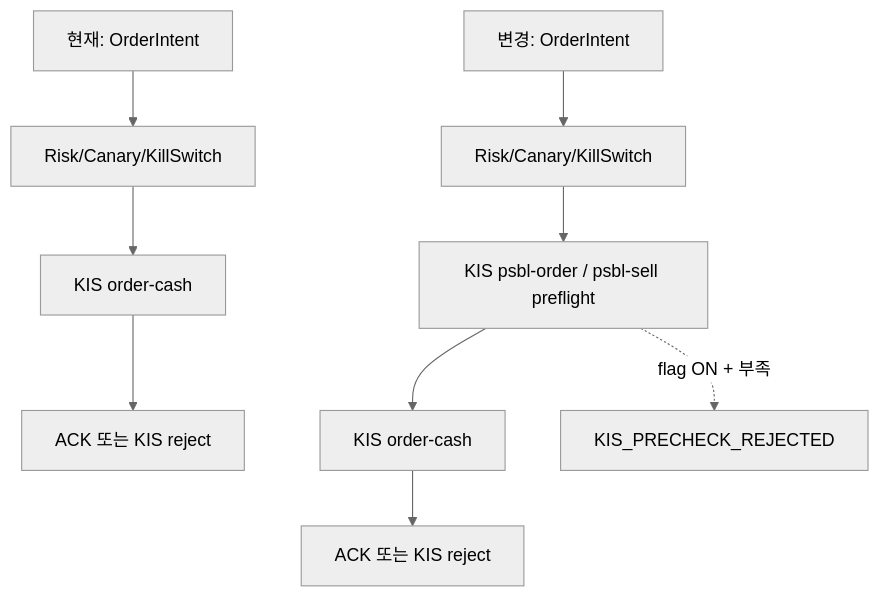
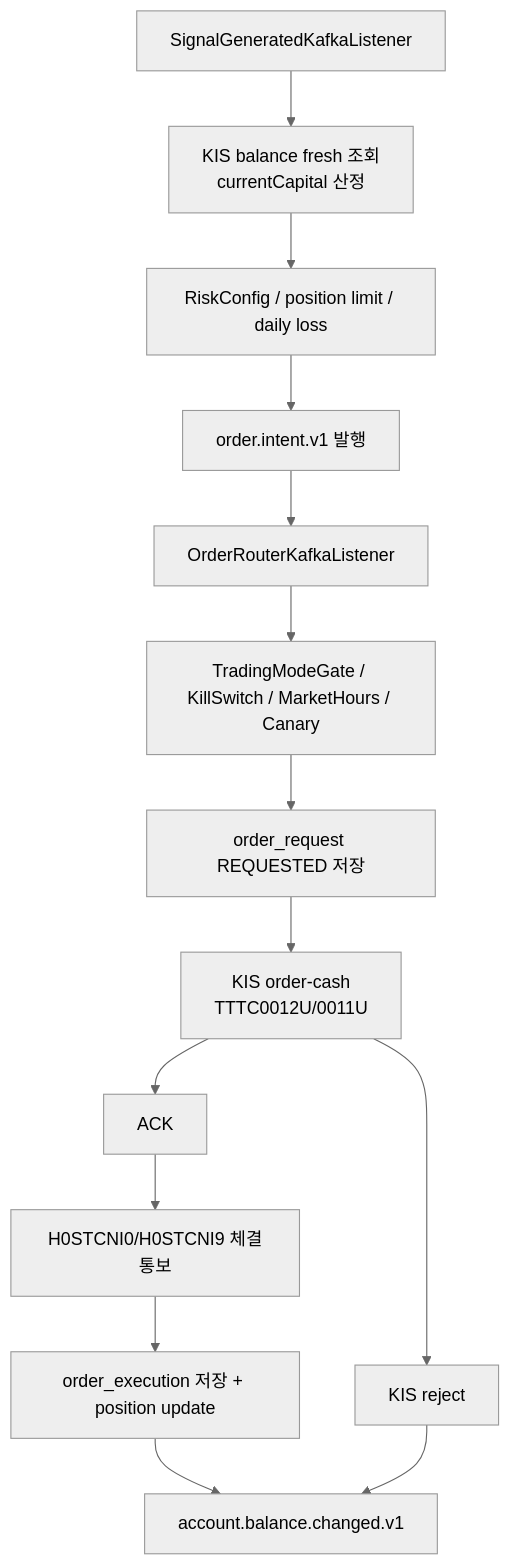
One commit to sp-daewoon/magicJar changed the second of 9 diagrams in docs/operations/kis-api-mcp-adoption-plan.md. Above: the diagram before and after it, drawn with Mermaid (neutral theme). The commit also changed other lines of this file and 13 other files, not shown here.

Commit message:
feat(kis): add account availability snapshot guard

````diff
--- a/docs/operations/kis-api-mcp-adoption-plan.md
+++ b/docs/operations/kis-api-mcp-adoption-plan.md
@@ -83,12 +86,16 @@
 ```mermaid
 flowchart TD
-    A["현재: OrderIntent"] --> B["Risk/Canary/KillSwitch"]
-    B --> C["KIS order-cash"]
-    C --> D["ACK 또는 KIS reject"]
-
-    A2["변경: OrderIntent"] --> B2["Risk/Canary/KillSwitch"]
-    B2 --> P["KIS psbl-order / psbl-sell preflight"]
-    P --> C2["KIS order-cash"]
-    P -. "flag ON + 부족" .-> R["KIS_PRECHECK_REJECTED"]
-    C2 --> D2["ACK 또는 KIS reject"]
+    S["SignalGeneratedKafkaListener"] --> Ctx["KIS balance fresh 조회<br/>currentCapital 산정"]
+    Ctx --> Risk["RiskConfig / position limit / daily loss"]
+    Risk --> Intent["order.intent.v1 발행"]
+    Intent --> Router["OrderRouterKafkaListener"]
+    Router --> Gate["TradingModeGate / KillSwitch / MarketHours / Canary"]
+    Gate --> Persist["order_request REQUESTED 저장"]
+    Persist --> Submit["KIS order-cash<br/>TTTC0012U/0011U"]
+    Submit --> Ack["ACK"]
+    Submit --> Reject["KIS reject"]
+    Ack --> Ws["H0STCNI0/H0STCNI9 체결통보"]
+    Ws --> Fill["order_execution 저장 + position update"]
+    Fill --> BalanceEvt["account.balance.changed.v1"]
+    Reject --> BalanceEvt
 ```
````
